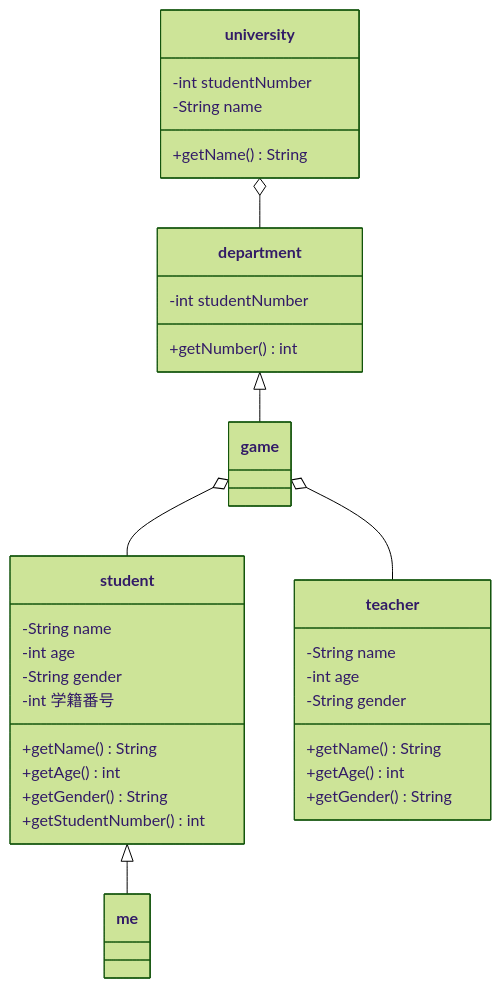
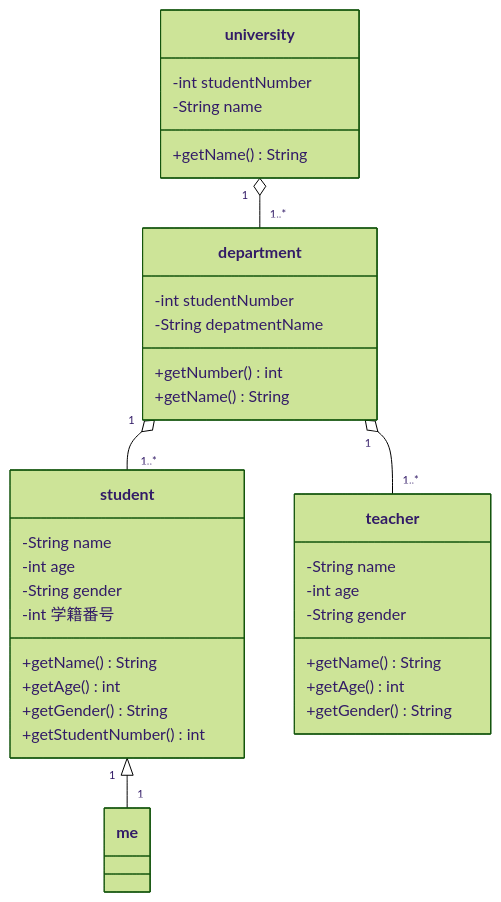
Before and after one commit to tpu-game-2023/mermaid_test: the third of 3 diagrams in mermaid_test.md, drawn with Mermaid (forest theme).

````diff
--- a/mermaid_test.md
+++ b/mermaid_test.md
@@ -95,48 +95,45 @@
 ```mermaid
 classDiagram
   class student {
     -String name
     -int age
     -String gender
     -int 学籍番号
     +getName() String
     +getAge() int
     +getGender() String
     +getStudentNumber() int
   }
   
   class me {
     
   }
   
   class teacher {
     -String name
     -int age
     -String gender
     +getName() String
     +getAge() int
     +getGender() String
   }
   
   class department {
     -int studentNumber
+    -String depatmentName
     +getNumber() int
-  }
-  
-  class game {
-    
+    +getName() String
   }
   
   class university {
     -int studentNumber
     -String name
     +getName() String
   }
   
-  student <|-- me
-  game o-- student
-  game o-- teacher
-  department <|-- game
-  university o-- department
+  student "1"<|--"1" me
+  department "1"o--"1..*" student
+  department "1"o--"1..*" teacher
+  university "1"o--"1..*" department
   
 ```
````
